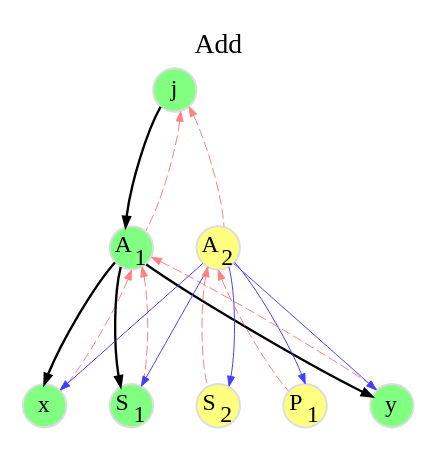
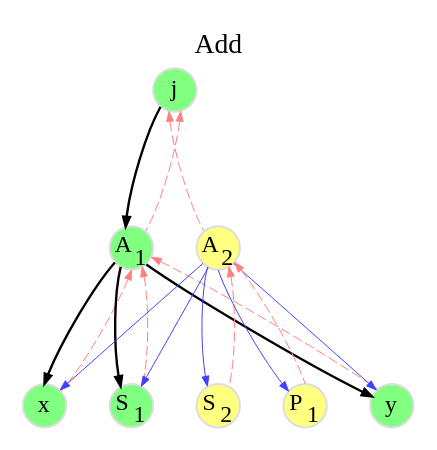
Before and after one commit to flatcap/dparted: the diagram in docs/rcu/add/a4.gv, drawn with Graphviz. The commit also changed 10 other files, not shown here.

```diff
--- a/docs/rcu/add/a4.gv
+++ b/docs/rcu/add/a4.gv
@@ -1,61 +1,89 @@
 digraph add {
 	graph [
 		rankdir="TB"
 		bgcolor="white"
 		color="white"
 		nodesep="0.3"
 		ranksep="0.8"
 		labelloc="t"
 		label="Add"
 	];
 
 	node [
 		fontsize="12"
 		style="filled"
 		width="0.3"
 		height="0.3"
 		fixedsize="true"
 		penwidth="1.0"
 		color="#DDDDDD"
-		fillcolor="#80ff80"
 	];
 
 	edge [
 		penwidth="0.5"
 		color="#000000"
 		arrowsize="0.5"
 	];
 
 
-	D_j  [ label=<j>                                 ];
-	D_a1 [ label=<A<SUB>1</SUB>>                     ];
-	D_x  [ label=<x>                                 ];
-	D_s1 [ label=<S<SUB>1</SUB>>                     ];
-	D_s2 [ label=<S<SUB>2</SUB>> fillcolor="#ffff80" ];
-	D_p1 [ label=<P<SUB>1</SUB>> fillcolor="#ffff80" ];
-	D_y  [ label=<y>                                 ];
-	D_a2 [ label=<A<SUB>2</SUB>> fillcolor="#ffff80" ];
+	node [	// original
+		fillcolor="#80ff80"
+	];
 
-	D_j  -> D_a1 [ penwidth=1.2 ];
-	D_a1 -> D_x  [ penwidth=1.2 ];
-	D_a1 -> D_s1 [ penwidth=1.2 ];
-	D_a1 -> D_y  [ penwidth=1.2 ];
-	D_j  -> D_a2 [ style=invis ];
+	D_j  [ label=<j>             ];
+	D_a1 [ label=<A<SUB>1</SUB>> ];
+	D_x  [ label=<x>             ];
+	D_s1 [ label=<S<SUB>1</SUB>> ];
+	D_y  [ label=<y>             ];
 
-	D_j  -> D_a1 [ dir=back color="#ff8080" style=dashed ];
-	D_j  -> D_a2 [ dir=back color="#ff8080" style=dashed ];
-	D_a1 -> D_x  [ dir=back color="#ff8080" style=dashed ];
-	D_a1 -> D_s1 [ dir=back color="#ff8080" style=dashed ];
-	D_a2 -> D_s2 [ dir=back color="#ff8080" style=dashed ];
-	D_a2 -> D_p1 [ dir=back color="#ff8080" style=dashed ];
-	D_a1 -> D_y  [ dir=back color="#ff8080" style=dashed ];
+	node [	// changed
+		fillcolor="#ffff80"
+	];
 
-	D_a2 -> D_x  [ color="#4040ff" ];
-	D_a2 -> D_s1 [ color="#4040ff" ];
-	D_a2 -> D_s2 [ color="#4040ff" ];
-	D_a2 -> D_p1 [ color="#4040ff" ];
-	D_a2 -> D_y  [ color="#4040ff" ];
+	D_s2 [ label=<S<SUB>2</SUB>> ];
+	D_p1 [ label=<P<SUB>1</SUB>> ];
+	D_a2 [ label=<A<SUB>2</SUB>> ];
 
-	D_x -> D_s1 -> D_s2 -> D_p1 -> D_y [ style=invis ];
+	edge [	// main line
+		penwidth=1.2;
+	];
+
+	D_j  -> D_a1;
+	D_a1 -> D_x;
+	D_a1 -> D_s1;
+	D_a1 -> D_y;
+
+	edge [	// copy
+		penwidth=0.5;
+		color="#4040ff";
+	];
+
+	D_a2 -> D_x;
+	D_a2 -> D_s1;
+	D_a2 -> D_s2;
+	D_a2 -> D_p1;
+	D_a2 -> D_y;
+
+	edge [	// parent
+		dir=back;
+		penwidth=0.5;
+		color="#ff8080";
+		style=dashed;
+	];
+
+	D_j  -> D_a1;
+	D_j  -> D_a2;
+	D_a1 -> D_x;
+	D_a1 -> D_s1;
+	D_a2 -> D_s2;
+	D_a2 -> D_p1;
+	D_a1 -> D_y;
+
+	edge [	// invisible
+		style=invis;
+	];
+
+	D_j -> D_a2;
+	D_x -> D_s1 -> D_s2 -> D_p1 -> D_y;
 	{ rank=same D_x D_s1 D_s2 D_p1 D_y };
 }
```
